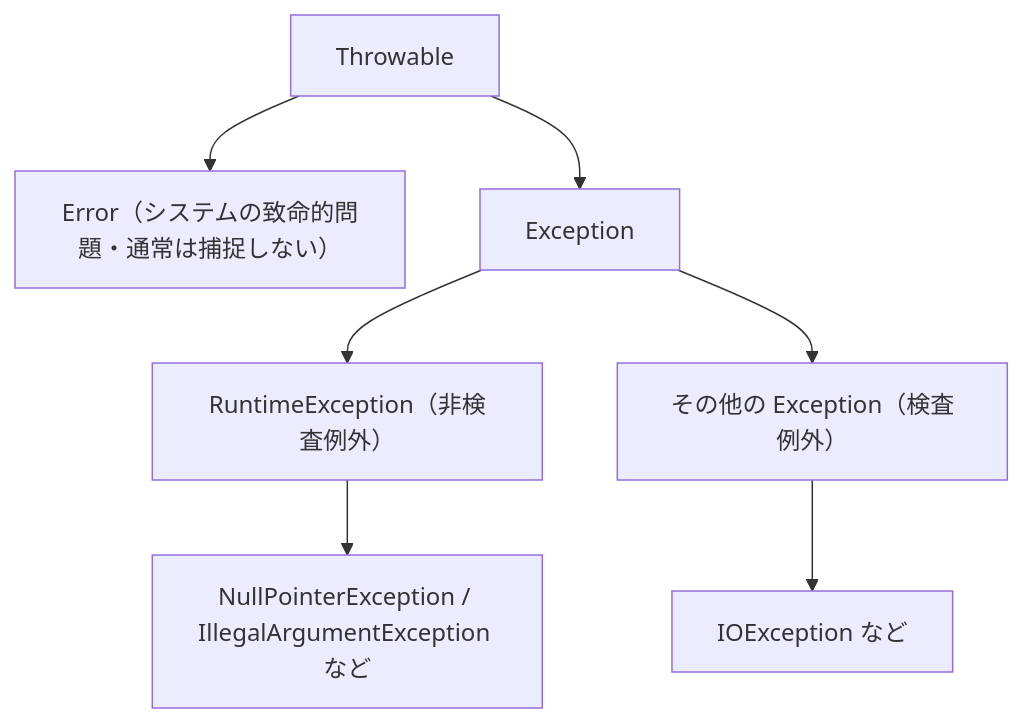
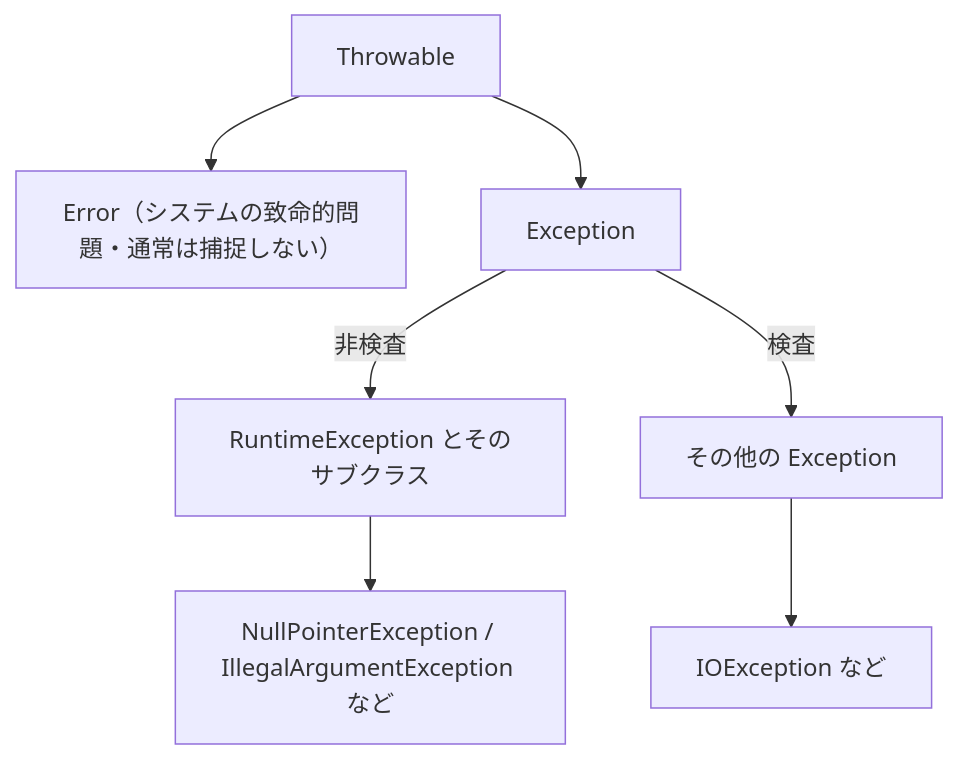
Before and after one commit to yotaro0616/curriculum-writer: the diagram in curriculums/part-01_Java-言語の基礎/chapter-03_コレクションと例外処理/1-3-2_例外処理.md, drawn with Mermaid. The commit also changed other lines of this file and 7 other files, not shown here.

Commit message:
Part 1: 各セクションに概念図を挿入し、解説を一部補強

````diff
--- a/curriculums/part-01_Java-言語の基礎/chapter-03_コレクションと例外処理/1-3-2_例外処理.md
+++ b/curriculums/part-01_Java-言語の基礎/chapter-03_コレクションと例外処理/1-3-2_例外処理.md
@@ -64,9 +66,9 @@
 ```mermaid
 flowchart TD
   T["Throwable"] --> Er["Error（システムの致命的問題・通常は捕捉しない）"]
   T --> Ex["Exception"]
-  Ex --> RE["RuntimeException（非検査例外）"]
-  Ex --> CE["その他の Exception（検査例外）"]
+  Ex -->|"非検査"| RE["RuntimeException とそのサブクラス"]
+  Ex -->|"検査"| CE["その他の Exception"]
   RE --> R2["NullPointerException / IllegalArgumentException など"]
   CE --> C2["IOException など"]
 ```
````
